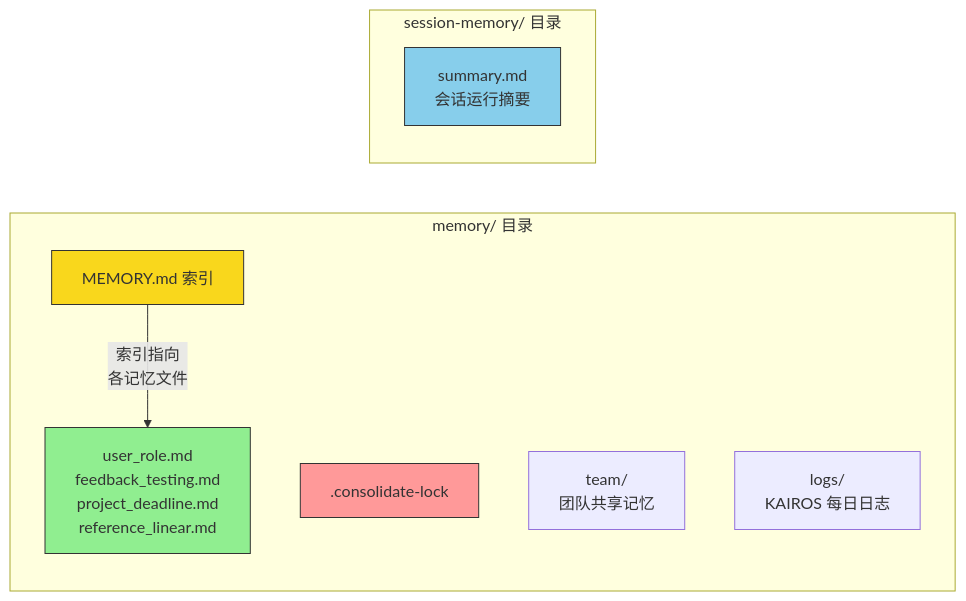
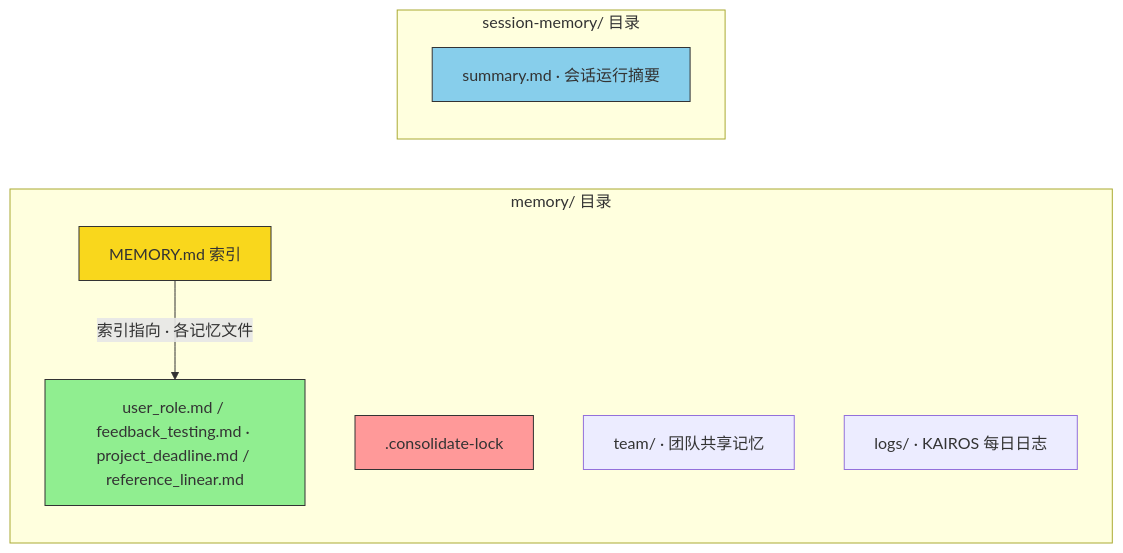
One commit to turf0909/sleep-code changed diagram 17 of 30 in CLAUDE_CODE_BOOK.md. Above: the diagram before and after it, drawn with Mermaid. The commit also changed other lines of this file, not shown here.

First line of the commit message:
docs: major expansion and fact-check of Claude Code architecture book

````diff
--- a/CLAUDE_CODE_BOOK.md
+++ b/CLAUDE_CODE_BOOK.md
@@ -1742,22 +2887,22 @@
 ```mermaid
 graph LR
     subgraph "memory/ 目录"
         direction TB
         INDEX["MEMORY.md 索引"]
-        FILES["user_role.md<br/>feedback_testing.md<br/>project_deadline.md<br/>reference_linear.md"]
+        FILES["user_role.md / feedback_testing.md · project_deadline.md / reference_linear.md"]
         LOCK[".consolidate-lock"]
-        TEAM["team/<br/>团队共享记忆"]
-        LOGS["logs/<br/>KAIROS 每日日志"]
+        TEAM["team/ · 团队共享记忆"]
+        LOGS["logs/ · KAIROS 每日日志"]
     end
 
     subgraph "session-memory/ 目录"
-        SM["summary.md<br/>会话运行摘要"]
+        SM["summary.md · 会话运行摘要"]
     end
 
-    INDEX -->|"索引指向<br/>各记忆文件"| FILES
+    INDEX -->|"索引指向 · 各记忆文件"| FILES
 
     style INDEX fill:#f9d71c,stroke:#333,color:#333
     style SM fill:#87ceeb,stroke:#333,color:#333
     style LOCK fill:#ff9999,stroke:#333,color:#333
     style FILES fill:#90EE90,stroke:#333,color:#333
 ```
````
